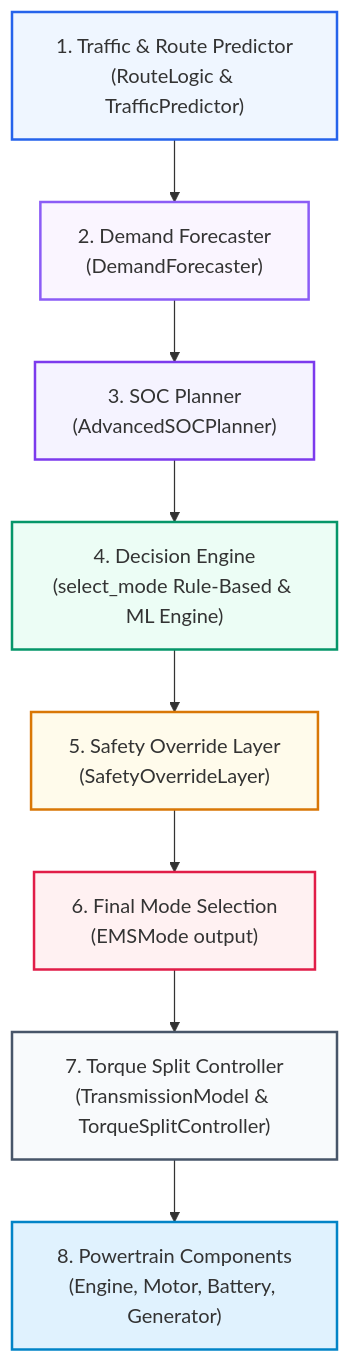
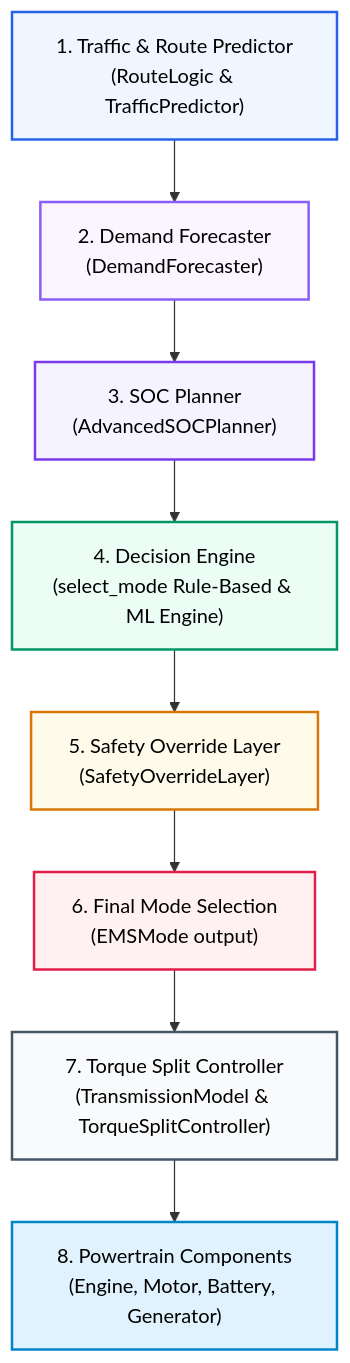
Before and after one commit to MishaelJulian/PHEX-HEV-EMS: the first of 2 diagrams in outputs/architecture_diagram.md, drawn with Mermaid. The commit also changed other lines of this file and 54 other files, not shown here.

Commit message:
feat: complete interactive Streamlit viva replay dashboard and flatten repository architecture

````diff
--- a/outputs/architecture_diagram.md
+++ b/outputs/architecture_diagram.md
@@ -8,31 +8,32 @@
 ```mermaid
+%%{init: {'theme':'default'}}%%
 graph TD
     %% Define Nodes
     A["1. Traffic & Route Predictor<br>(RouteLogic & TrafficPredictor)"]
     B["2. Demand Forecaster<br>(DemandForecaster)"]
     C["3. SOC Planner<br>(AdvancedSOCPlanner)"]
     D["4. Decision Engine<br>(select_mode Rule-Based & ML Engine)"]
     E["5. Safety Override Layer<br>(SafetyOverrideLayer)"]
     F["6. Final Mode Selection<br>(EMSMode output)"]
     G["7. Torque Split Controller<br>(TransmissionModel & TorqueSplitController)"]
     H["8. Powertrain Components<br>(Engine, Motor, Battery, Generator)"]
 
     %% Connect Nodes
     A --> B
     B --> C
     C --> D
     D --> E
     E --> F
     F --> G
     G --> H
 
     %% Class Styling
-    style A fill:#EFF6FF,stroke:#2563EB,stroke-width:2px
-    style B fill:#FAF5FF,stroke:#8B5CF6,stroke-width:2px
-    style C fill:#F5F3FF,stroke:#7C3AED,stroke-width:2px
-    style D fill:#ECFDF5,stroke:#059669,stroke-width:2px
-    style E fill:#FFFBEB,stroke:#D97706,stroke-width:2px
-    style F fill:#FFF1F2,stroke:#E11D48,stroke-width:2px
-    style G fill:#F8FAFC,stroke:#475569,stroke-width:2px
-    style H fill:#E0F2FE,stroke:#0284C7,stroke-width:2px
+    style A fill:#EFF6FF,stroke:#2563EB,stroke-width:2px,color:#000000
+    style B fill:#FAF5FF,stroke:#8B5CF6,stroke-width:2px,color:#000000
+    style C fill:#F5F3FF,stroke:#7C3AED,stroke-width:2px,color:#000000
+    style D fill:#ECFDF5,stroke:#059669,stroke-width:2px,color:#000000
+    style E fill:#FFFBEB,stroke:#D97706,stroke-width:2px,color:#000000
+    style F fill:#FFF1F2,stroke:#E11D48,stroke-width:2px,color:#000000
+    style G fill:#F8FAFC,stroke:#475569,stroke-width:2px,color:#000000
+    style H fill:#E0F2FE,stroke:#0284C7,stroke-width:2px,color:#000000
 ```
````
